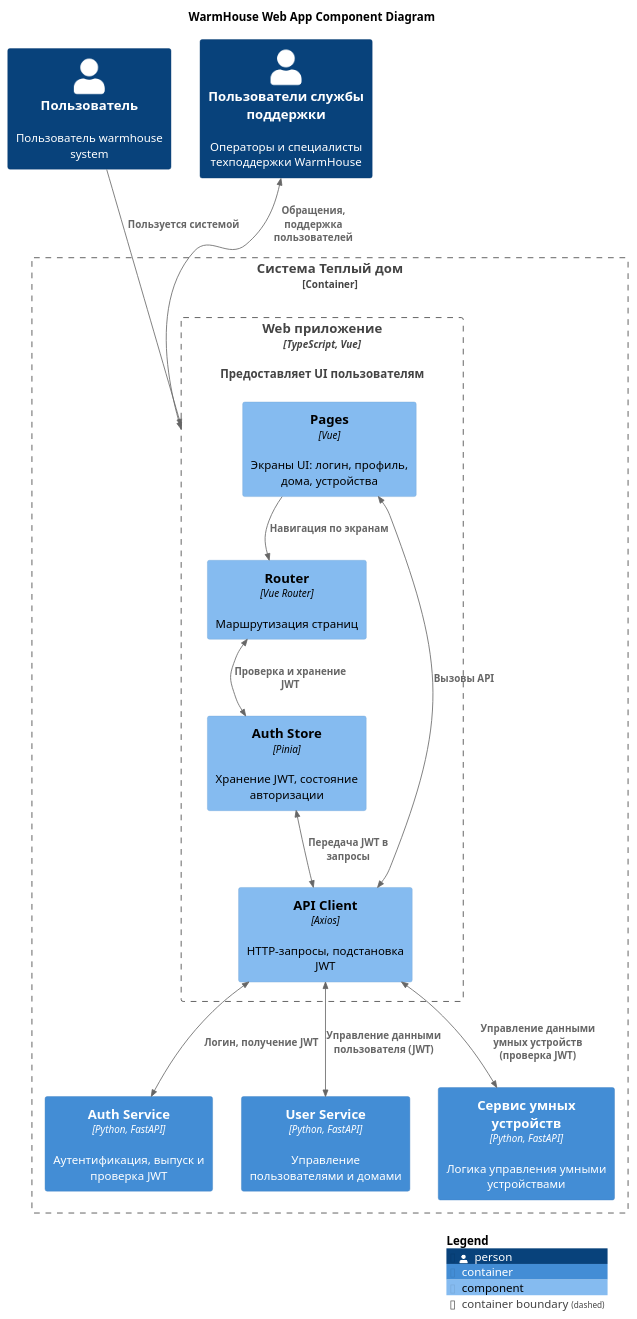
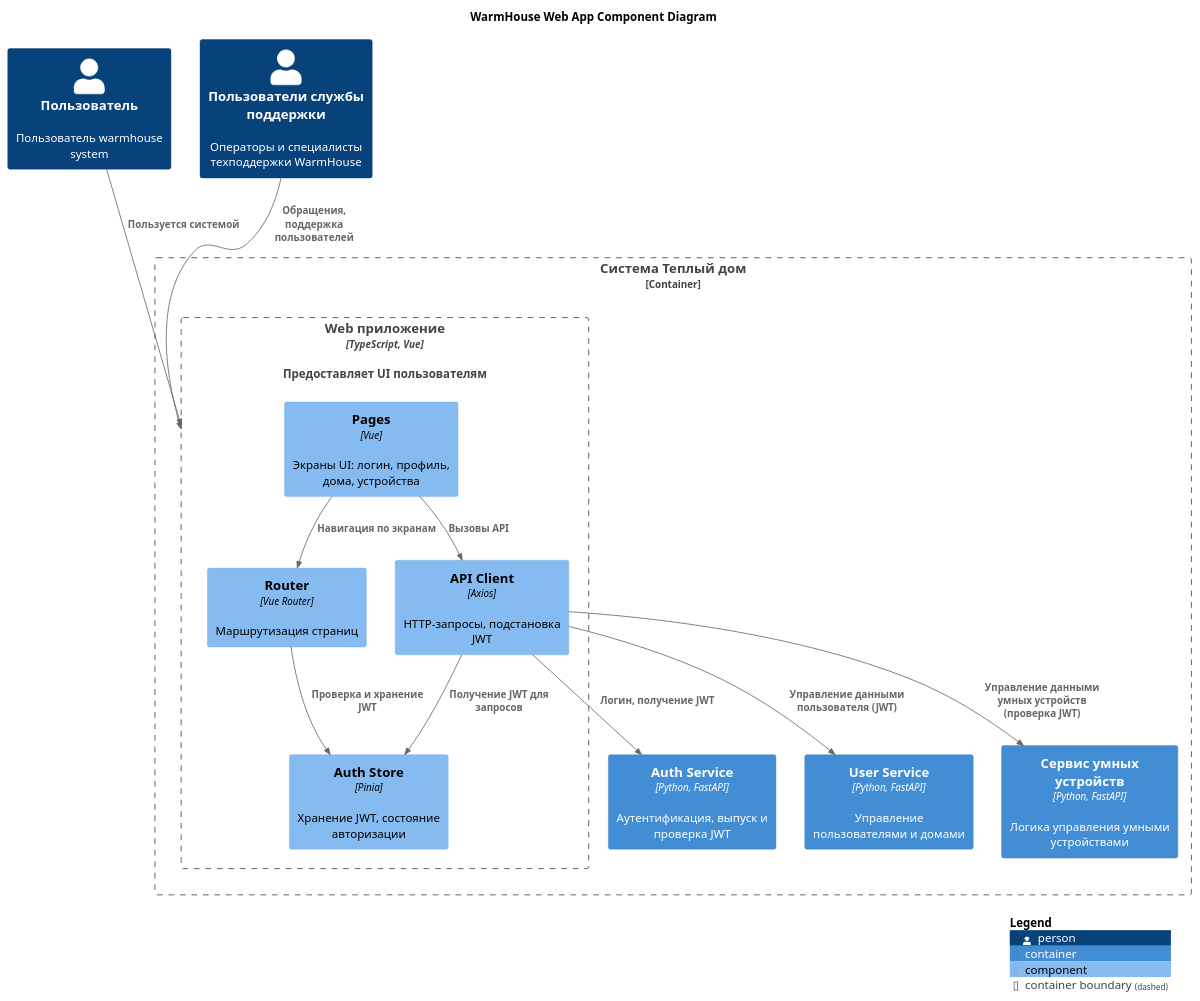
The diagram in docs/diagrams/component/componentWebApp.puml (VicShved/architecture-warmhouse-main), drawn with PlantUML before and after one commit. The commit also changed 5 other files, not shown here.

```diff
--- a/docs/diagrams/component/componentWebApp.puml
+++ b/docs/diagrams/component/componentWebApp.puml
@@ -1,36 +1,36 @@
 @startuml
 title WarmHouse Web App Component Diagram
 
 top to bottom direction
 
 !include ../templates/C4_Component.puml
 
 Person(user, "Пользователь", "Пользователь warmhouse system")
 Person(support, "Пользователи службы поддержки", "Операторы и специалисты техподдержки WarmHouse")
 
 Container_Boundary(WarmHouseSystem, "Система Теплый дом") {
   Container(WebApp, "Web приложение", "TypeScript, Vue", "Предоставляет UI пользователям")
   Container(AuthService, "Auth Service", "Python, FastAPI", "Аутентификация, выпуск и проверка JWT")
   Container(UserService, "User Service", "Python, FastAPI", "Управление пользователями и домами")
   Container(SensorService, "Сервис умных устройств", "Python, FastAPI", "Логика управления умными устройствами")
 }
 
 Container_Boundary(WebApp, "Web приложение") {
   Component(Router, "Router", "Vue Router", "Маршрутизация страниц")
   Component(Pages, "Pages", "Vue", "Экраны UI: логин, профиль, дома, устройства")
   Component(AuthStore, "Auth Store", "Pinia", "Хранение JWT, состояние авторизации")
   Component(ApiClient, "API Client", "Axios", "HTTP-запросы, подстановка JWT")
 }
 
 Rel(user, WebApp, "Пользуется системой")
-BiRel(support, WebApp, "Обращения, поддержка пользователей")
+Rel(support, WebApp, "Обращения, поддержка пользователей")
 Rel(Pages, Router, "Навигация по экранам")
-BiRel(Router, AuthStore, "Проверка и хранение JWT")
-BiRel(Pages, ApiClient, "Вызовы API")
-BiRel(AuthStore, ApiClient, "Передача JWT в запросы")
-BiRel(ApiClient, AuthService, "Логин, получение JWT")
-BiRel(ApiClient, UserService, "Управление данными пользователя (JWT)")
-BiRel(ApiClient, SensorService, "Управление данными умных устройств (проверка JWT)")
+Rel(Router, AuthStore, "Проверка и хранение JWT")
+Rel(Pages, ApiClient, "Вызовы API")
+Rel(ApiClient, AuthStore, "Получение JWT для запросов")
+Rel(ApiClient, AuthService, "Логин, получение JWT")
+Rel(ApiClient, UserService, "Управление данными пользователя (JWT)")
+Rel(ApiClient, SensorService, "Управление данными умных устройств (проверка JWT)")
 
 SHOW_LEGEND()
 @enduml
```
